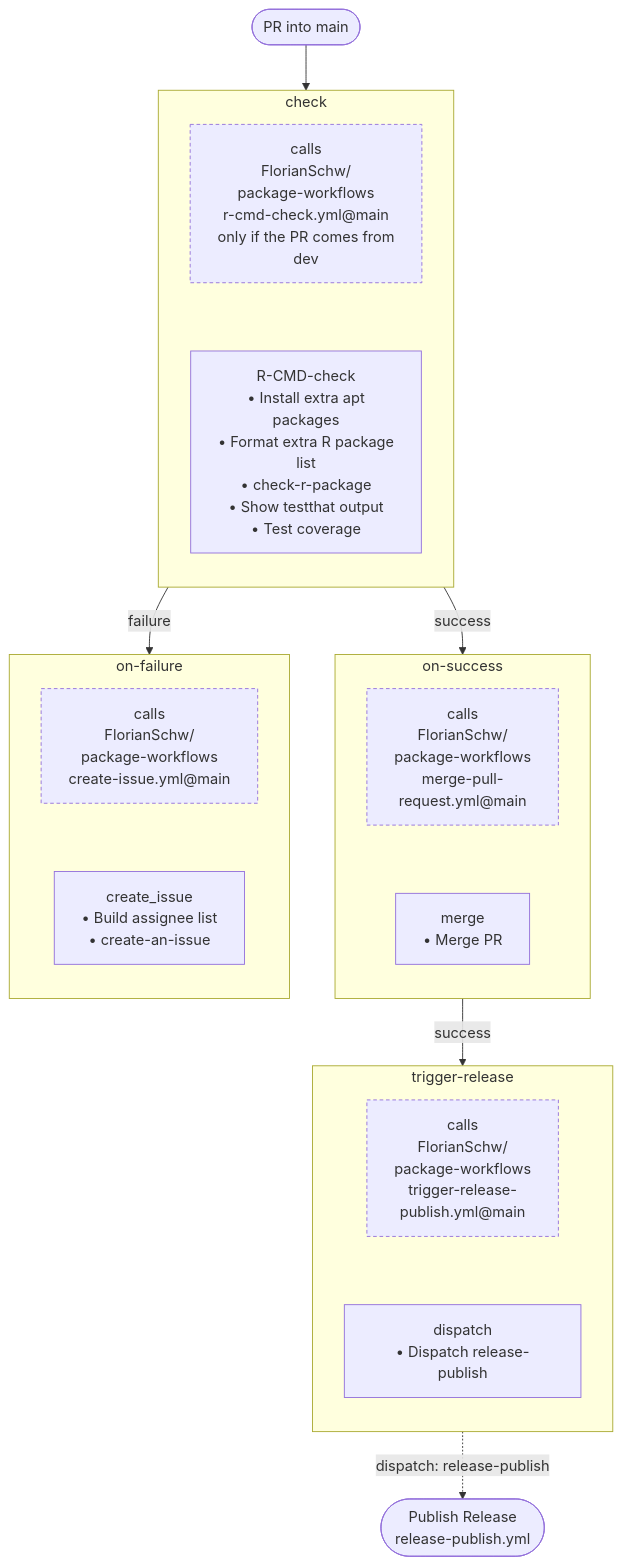
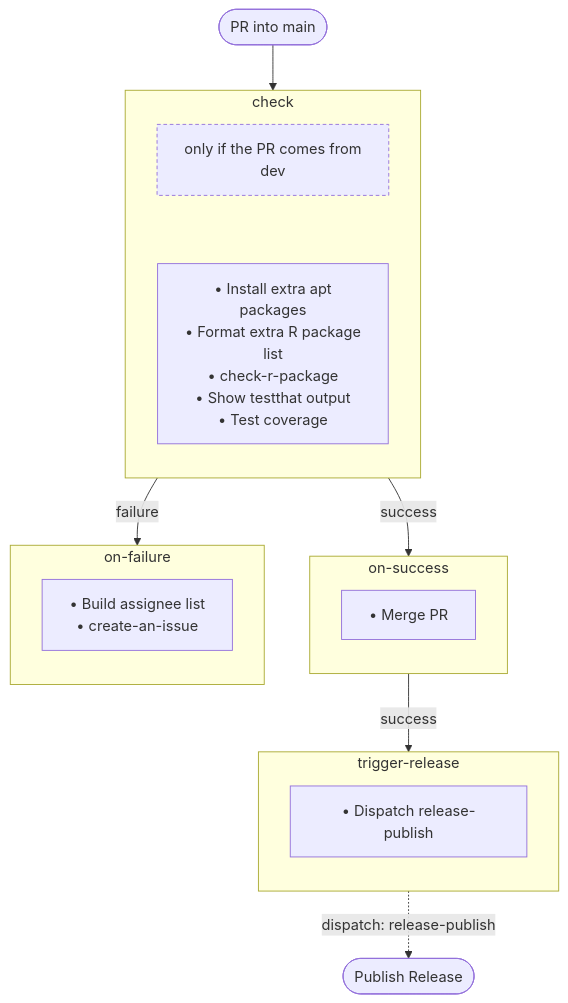
Before and after one commit to nfdi4health/dsSupportClient: diagram 13 of 15 in .github/workflow-graphs/README.md, drawn with Mermaid. The commit also changed other lines of this file, not shown here.

Commit message:
docs: update workflow diagrams

````diff
--- a/.github/workflow-graphs/README.md
+++ b/.github/workflow-graphs/README.md
@@ -278,35 +291,29 @@
 ```mermaid
 flowchart TD
   start(["PR into main"])
   subgraph job_check ["check"]
     direction TB
-    job_check__ref["calls<br/>FlorianSchw/<br/>package-workflows<br/>r-cmd-check.yml@main<br/>only if the PR comes from<br/>dev"]:::refnote
-    job_check__R_CMD_check["R-CMD-check<br/>• Install extra apt<br/>packages<br/>• Format extra R package<br/>list<br/>• check-r-package<br/>• Show testthat output<br/>• Test coverage"]
-    job_check__ref ~~~ job_check__R_CMD_check
+    job_check__cond["only if the PR comes from<br/>dev"]:::condnote
+    job_check__R_CMD_check["• Install extra apt<br/>packages<br/>• Format extra R package<br/>list<br/>• check-r-package<br/>• Show testthat output<br/>• Test coverage"]
+    job_check__cond ~~~ job_check__R_CMD_check
   end
   start --> job_check
   subgraph job_on_success ["on-success"]
     direction TB
-    job_on_success__ref["calls<br/>FlorianSchw/<br/>package-workflows<br/>merge-pull-<br/>request.yml@main"]:::refnote
-    job_on_success__merge["merge<br/>• Merge PR"]
-    job_on_success__ref ~~~ job_on_success__merge
+    job_on_success__merge["• Merge PR"]
   end
   job_check -- "success" --> job_on_success
   subgraph job_on_failure ["on-failure"]
     direction TB
-    job_on_failure__ref["calls<br/>FlorianSchw/<br/>package-workflows<br/>create-issue.yml@main"]:::refnote
-    job_on_failure__create_issue["create_issue<br/>• Build assignee list<br/>• create-an-issue"]
-    job_on_failure__ref ~~~ job_on_failure__create_issue
+    job_on_failure__create_issue["• Build assignee list<br/>• create-an-issue"]
   end
   job_check -- "failure" --> job_on_failure
   subgraph job_trigger_release ["trigger-release"]
     direction TB
-    job_trigger_release__ref["calls<br/>FlorianSchw/<br/>package-workflows<br/>trigger-release-<br/>publish.yml@main"]:::refnote
-    job_trigger_release__dispatch["dispatch<br/>• Dispatch release-publish"]
-    job_trigger_release__ref ~~~ job_trigger_release__dispatch
+    job_trigger_release__dispatch["• Dispatch release-publish"]
   end
   job_on_success -- "success" --> job_trigger_release
-  wf_release_publish_yml(["Publish Release<br/>release-publish.yml"])
+  wf_release_publish_yml(["Publish Release"])
   job_trigger_release -. "dispatch: release-publish" .-> wf_release_publish_yml
-  classDef refnote stroke-dasharray: 4 3
+  classDef condnote stroke-dasharray: 4 3
 ```
````
